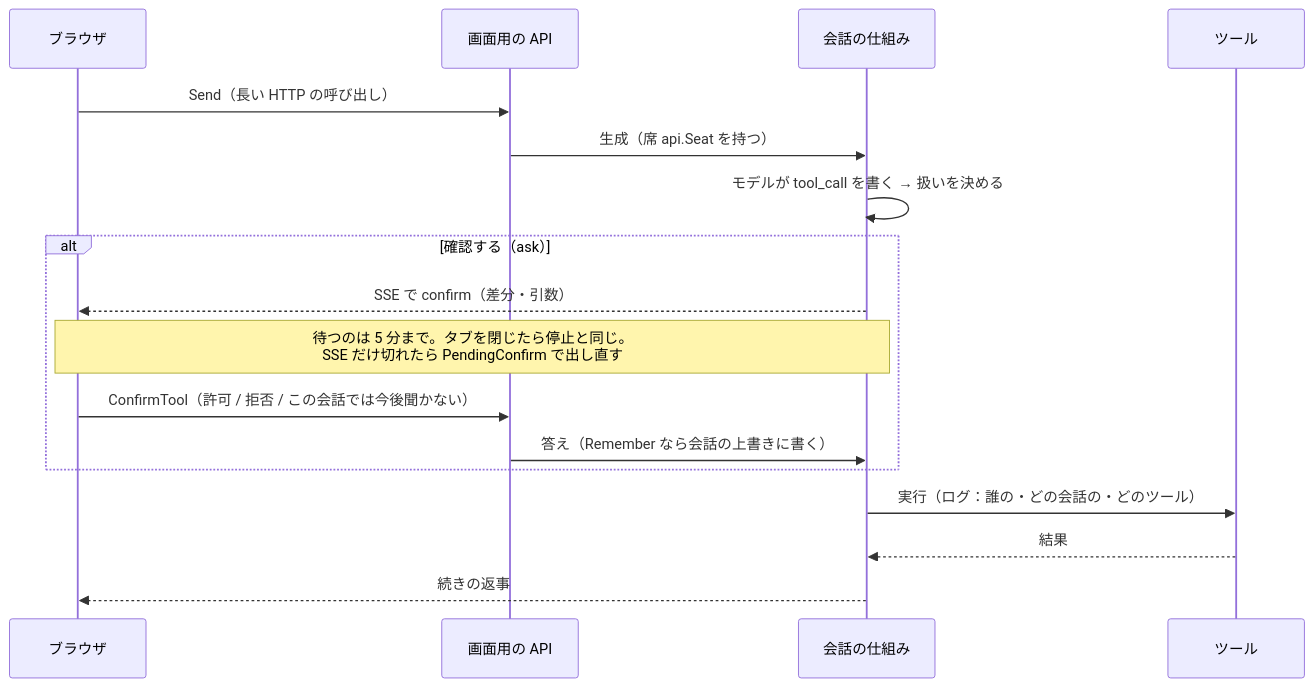
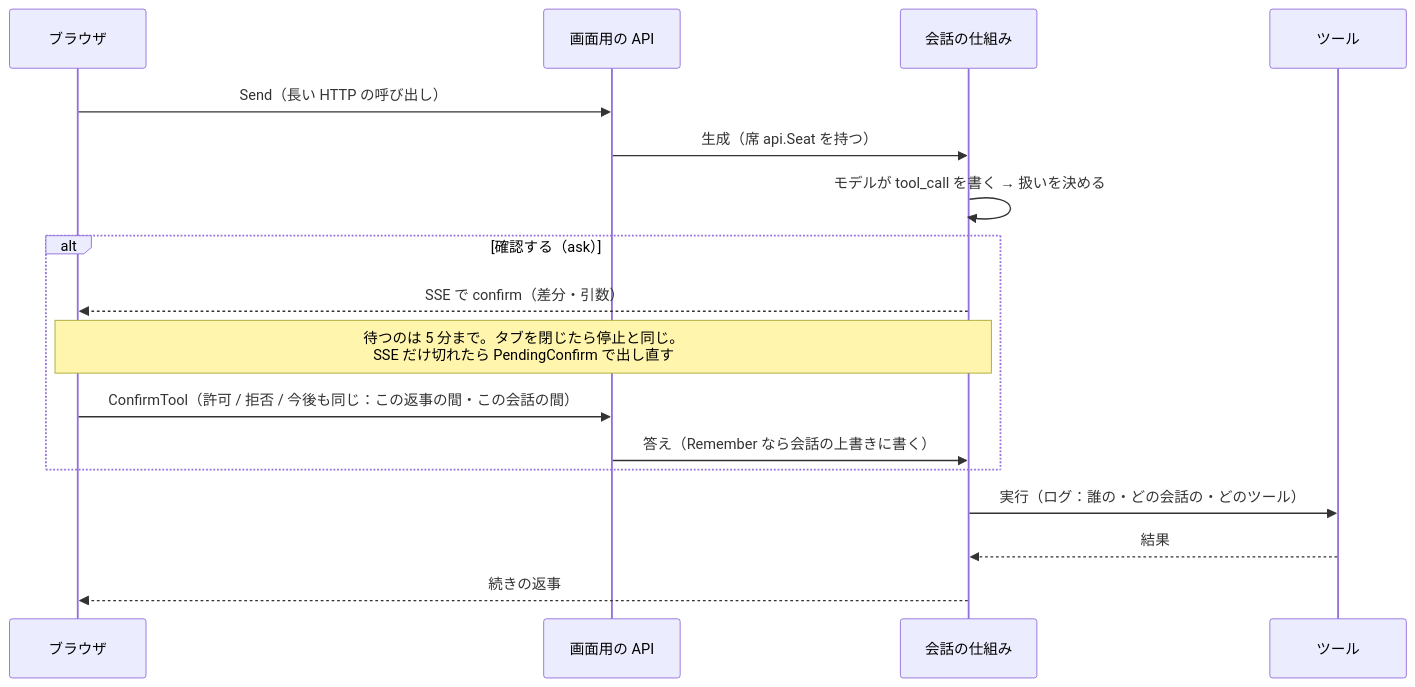
The fourth of 7 diagrams in _docs/diagrams.md (secondarykey/aibow), drawn with Mermaid before and after one commit. The commit also changed other lines of this file and 41 other files, not shown here.

````diff
--- a/_docs/diagrams.md
+++ b/_docs/diagrams.md
@@ -122,19 +122,19 @@
 ```mermaid
 sequenceDiagram
   participant B as ブラウザ
   participant H as 画面用の API
   participant C as 会話の仕組み
   participant T as ツール
   B->>H: Send（長い HTTP の呼び出し）
   H->>C: 生成（席 api.Seat を持つ）
   C->>C: モデルが tool_call を書く → 扱いを決める
   alt 確認する（ask）
     C-->>B: SSE で confirm（差分・引数）
     Note over B,C: 待つのは 5 分まで。タブを閉じたら停止と同じ。<br/>SSE だけ切れたら PendingConfirm で出し直す
-    B->>H: ConfirmTool（許可 / 拒否 / この会話では今後聞かない）
+    B->>H: ConfirmTool（許可 / 拒否 / 今後も同じ：この返事の間・この会話の間）
     H->>C: 答え（Remember なら会話の上書きに書く）
   end
   C->>T: 実行（ログ：誰の・どの会話の・どのツール）
   T-->>C: 結果
   C-->>B: 続きの返事
 ```
````
